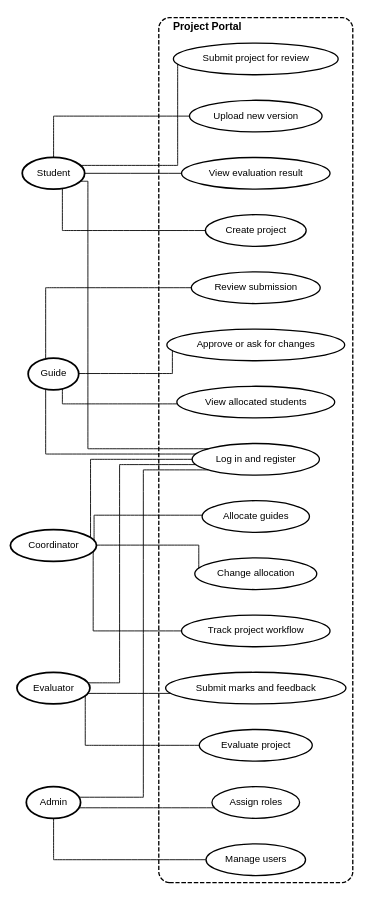
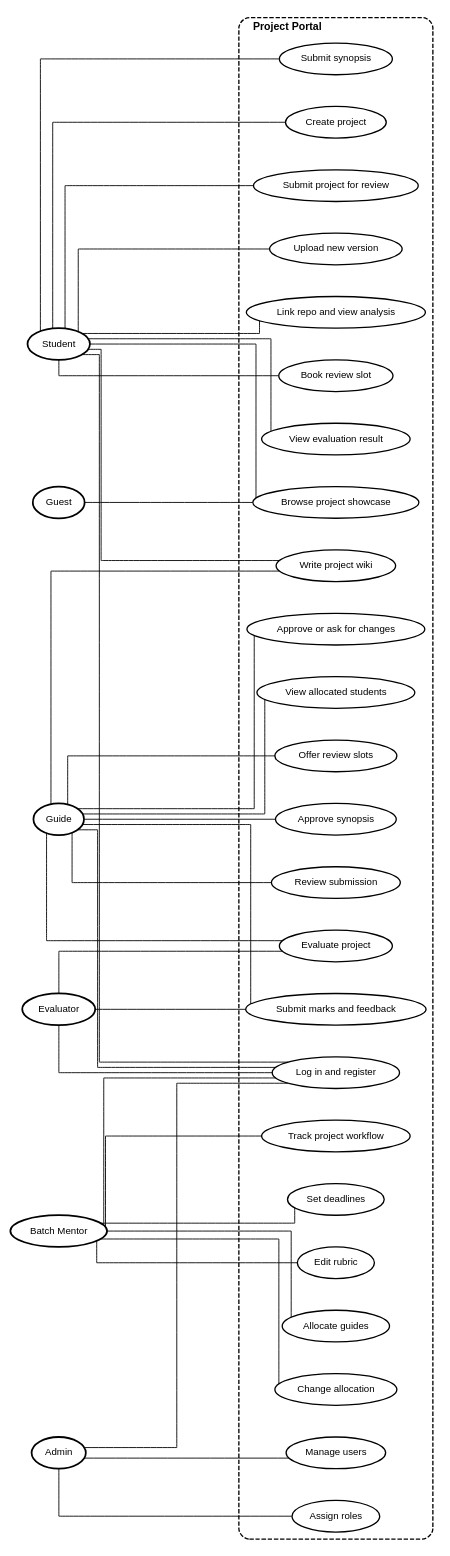
Before and after one commit to akshita777/iips-ug-pg-project-repository-system: the diagram in docs/diagrams/05-use-case.dot, drawn with Graphviz. The commit also changed 1 other file, not shown here.

Commit message:
Use case diagram covers the agreed flows
- Batch Mentor actor title, Guest for the public showcase
- Synopsis, deadlines, slots, repo analysis, rubric, wiki
- Guide linked to evaluation per agreed policy

```diff
--- a/docs/diagrams/05-use-case.dot
+++ b/docs/diagrams/05-use-case.dot
@@ -1,71 +1,93 @@
 digraph use_case_model {
   rankdir=LR;
   bgcolor="white";
   fontname="Helvetica";
   fontsize=12;
   labeljust="l";
-  nodesep=0.4;
-  ranksep=1.1;
+  nodesep=0.5;
+  ranksep=2.2;
   splines=ortho;
 
   node [fontname="Helvetica", fontsize=11, shape=ellipse, style="filled",
         fillcolor="white", color="black", penwidth=1.5];
   edge [fontname="Helvetica", fontsize=10, color="black", arrowhead="none"];
 
   subgraph cluster_system {
     label="Project Portal";
     fontname="Helvetica-Bold";
     fontsize=12;
     style="rounded,dashed";
     color="black";
     penwidth=1.5;
 
     uc_login [label="Log in and register"];
+    uc_synopsis [label="Submit synopsis"];
     uc_create [label="Create project"];
     uc_submit [label="Submit project for review"];
     uc_version [label="Upload new version"];
+    uc_repo [label="Link repo and view analysis"];
+    uc_wiki [label="Write project wiki"];
+    uc_book [label="Book review slot"];
     uc_result [label="View evaluation result"];
+    uc_showcase [label="Browse project showcase"];
+    uc_syn_ok [label="Approve synopsis"];
     uc_review [label="Review submission"];
     uc_decide [label="Approve or ask for changes"];
     uc_students [label="View allocated students"];
+    uc_slots [label="Offer review slots"];
     uc_allocate [label="Allocate guides"];
     uc_override [label="Change allocation"];
     uc_workflow [label="Track project workflow"];
+    uc_deadlines [label="Set deadlines"];
+    uc_rubric [label="Edit rubric"];
     uc_evaluate [label="Evaluate project"];
     uc_marks [label="Submit marks and feedback"];
     uc_users [label="Manage users"];
     uc_roles [label="Assign roles"];
   }
 
   student [label="Student", shape=ellipse, style="filled", fillcolor="white", penwidth=2];
   guide [label="Guide", shape=ellipse, style="filled", fillcolor="white", penwidth=2];
-  coordinator [label="Coordinator", shape=ellipse, style="filled", fillcolor="white", penwidth=2];
+  coordinator [label="Batch Mentor", shape=ellipse, style="filled", fillcolor="white", penwidth=2];
   evaluator [label="Evaluator", shape=ellipse, style="filled", fillcolor="white", penwidth=2];
   admin [label="Admin", shape=ellipse, style="filled", fillcolor="white", penwidth=2];
-
-  { rank=same; student; guide; coordinator; evaluator; admin; }
+  guest [label="Guest", shape=ellipse, style="filled", fillcolor="white", penwidth=2];
 
   student -> uc_login;
+  student -> uc_synopsis;
   student -> uc_create;
   student -> uc_submit;
   student -> uc_version;
+  student -> uc_repo;
+  student -> uc_wiki;
+  student -> uc_book;
   student -> uc_result;
+  student -> uc_showcase;
 
   guide -> uc_login;
+  guide -> uc_syn_ok;
   guide -> uc_review;
   guide -> uc_decide;
   guide -> uc_students;
+  guide -> uc_slots;
+  guide -> uc_wiki;
+  guide -> uc_evaluate;
+  guide -> uc_marks;
 
   coordinator -> uc_login;
   coordinator -> uc_allocate;
   coordinator -> uc_override;
   coordinator -> uc_workflow;
+  coordinator -> uc_deadlines;
+  coordinator -> uc_rubric;
 
   evaluator -> uc_login;
   evaluator -> uc_evaluate;
   evaluator -> uc_marks;
 
   admin -> uc_login;
   admin -> uc_users;
   admin -> uc_roles;
+
+  guest -> uc_showcase;
 }
```
